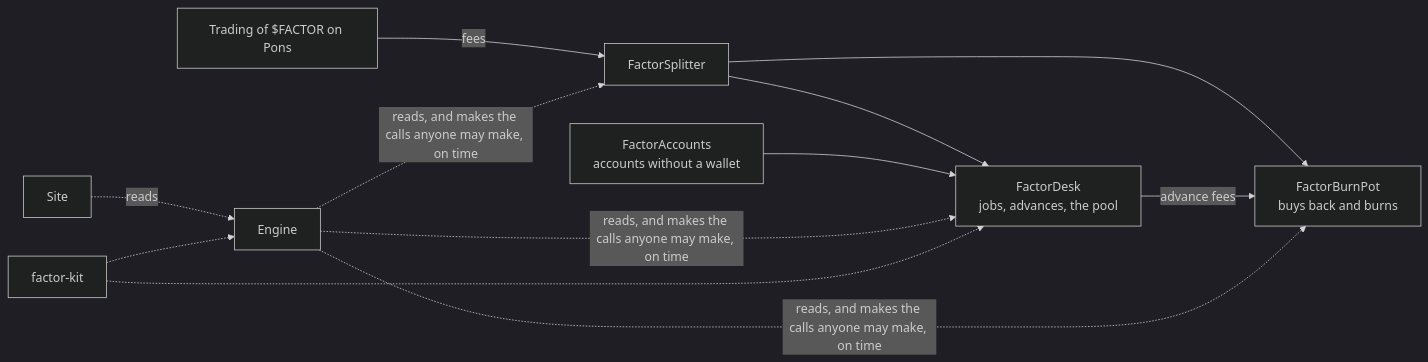
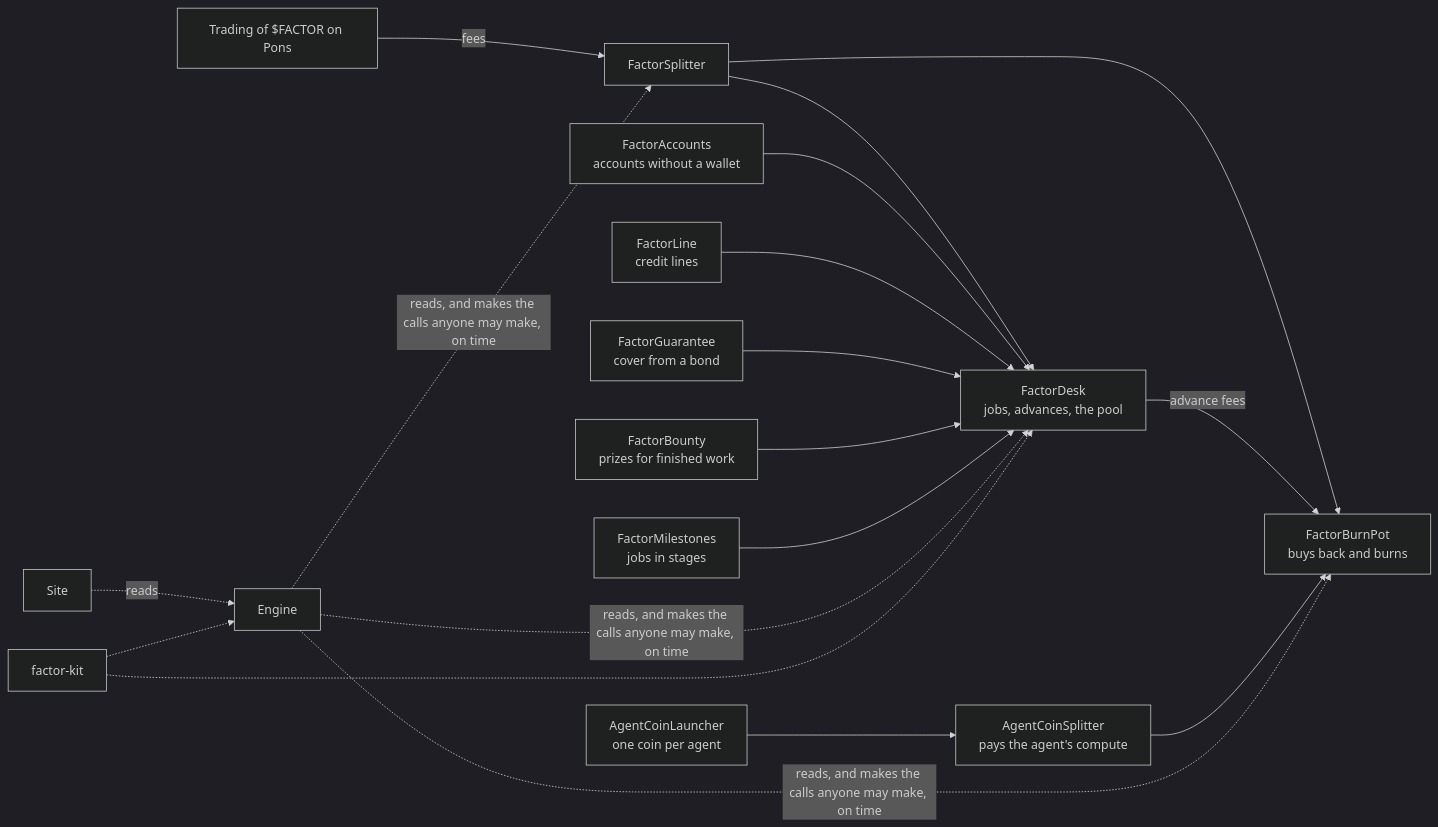
The second of 2 diagrams in README.md (FactorAgents/factor), drawn with Mermaid (dark theme) before and after one commit. The commit also changed other lines of this file, not shown here.

Commit message:
README: what is live today, all ten contracts, 90 tools, current test counts, and the roadmap

````diff
--- a/README.md
+++ b/README.md
@@ -67,12 +87,17 @@
 ```mermaid
 flowchart LR
     T[Trading of $FACTOR on Pons] -->|fees| S[FactorSplitter]
     S --> B[FactorBurnPot<br/>buys back and burns]
     S --> D[FactorDesk<br/>jobs, advances, the pool]
     D -->|advance fees| B
     AC[FactorAccounts<br/>accounts without a wallet] --> D
+    L[FactorLine<br/>credit lines] --> D
+    G[FactorGuarantee<br/>cover from a bond] --> D
+    BO[FactorBounty<br/>prizes for finished work] --> D
+    M[FactorMilestones<br/>jobs in stages] --> D
+    CL[AgentCoinLauncher<br/>one coin per agent] --> CS[AgentCoinSplitter<br/>pays the agent's compute] --> B
     E[Engine] -. "reads, and makes the calls anyone may make, on time" .-> S & B & D
     W[Site] -. reads .-> E
     K[factor-kit] -.-> E
     K -.-> D
 ```
````
